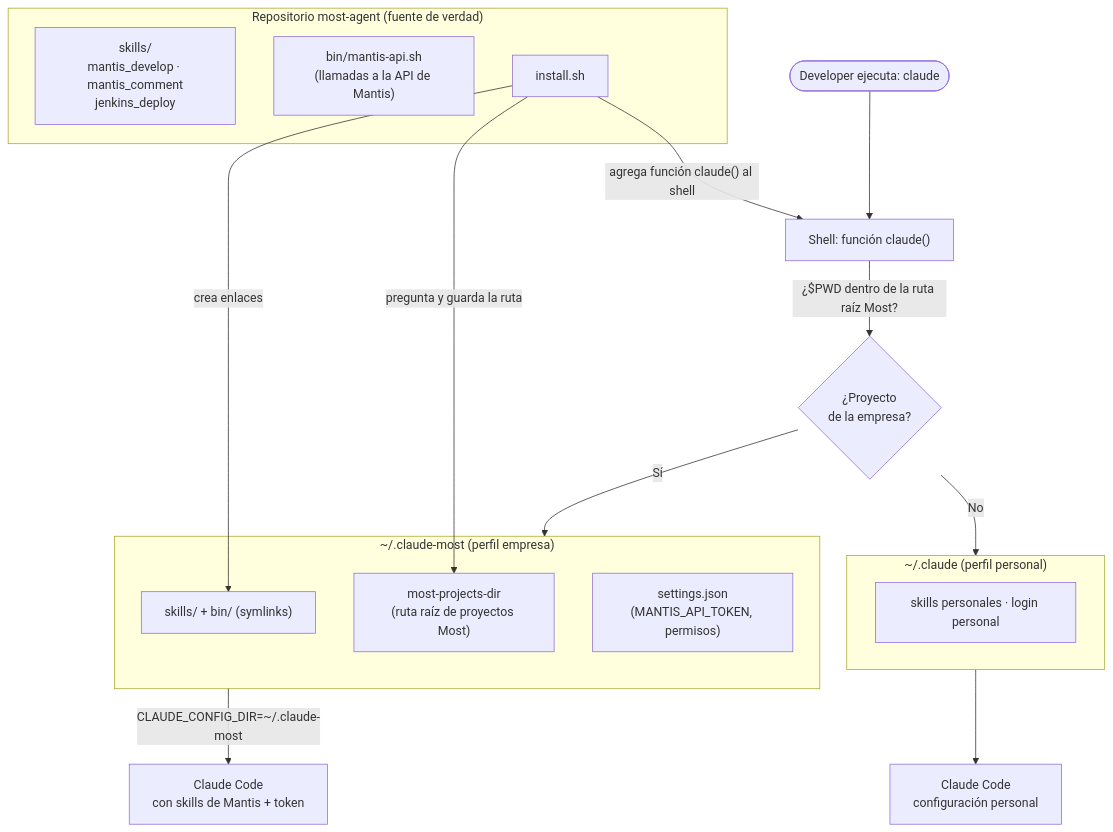
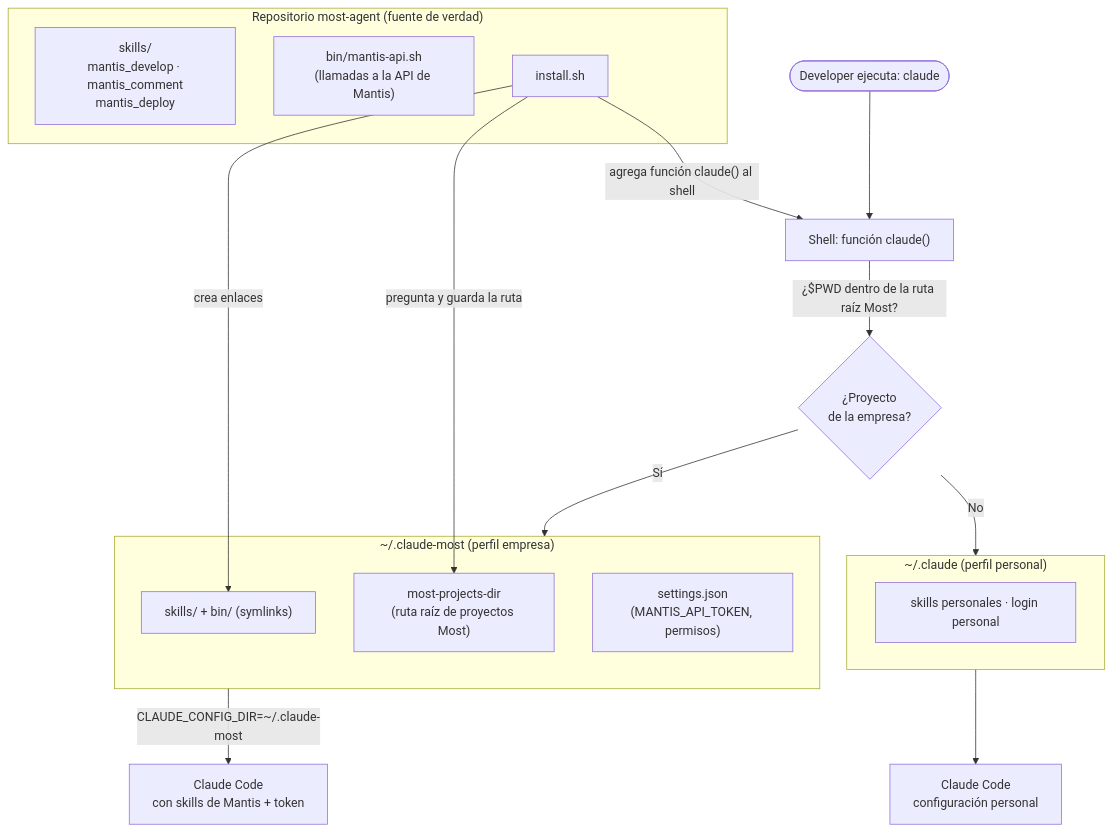
Before and after one commit to manuonda/most-agent: the first of 2 diagrams in Readme.md, drawn with Mermaid. The commit also changed other lines of this file and 11 other files, not shown here.

````diff
--- a/Readme.md
+++ b/Readme.md
@@ -9,31 +9,31 @@
 ```mermaid
 flowchart TB
     subgraph repo["Repositorio most-agent (fuente de verdad)"]
-        SK["skills/<br/>mantis_develop · mantis_comment<br/>jenkins_deploy"]
+        SK["skills/<br/>mantis_develop · mantis_comment<br/>mantis_deploy"]
         BIN["bin/mantis-api.sh<br/>(llamadas a la API de Mantis)"]
         INST["install.sh"]
     end
 
     subgraph empresa["~/.claude-most (perfil empresa)"]
         LINKS["skills/ + bin/ (symlinks)"]
         CONF["most-projects-dir<br/>(ruta raíz de proyectos Most)"]
         SET["settings.json<br/>(MANTIS_API_TOKEN, permisos)"]
     end
 
     subgraph personal["~/.claude (perfil personal)"]
         PSK["skills personales · login personal"]
     end
 
     INST -->|"crea enlaces"| LINKS
     INST -->|"pregunta y guarda la ruta"| CONF
     INST -->|"agrega función claude() al shell"| SH
 
     SH["Shell: función claude()"]
     DEV(["Developer ejecuta: claude"]) --> SH
     SH -->|"¿$PWD dentro de la ruta raíz Most?"| DEC{"¿Proyecto<br/>de la empresa?"}
     DEC -->|"Sí"| empresa
     DEC -->|"No"| personal
 
     empresa -->|"CLAUDE_CONFIG_DIR=~/.claude-most"| CC["Claude Code<br/>con skills de Mantis + token"]
     personal --> CP["Claude Code<br/>configuración personal"]
 ```
````
